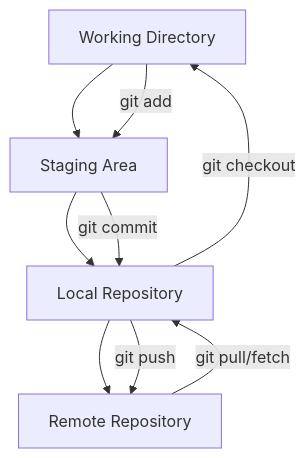
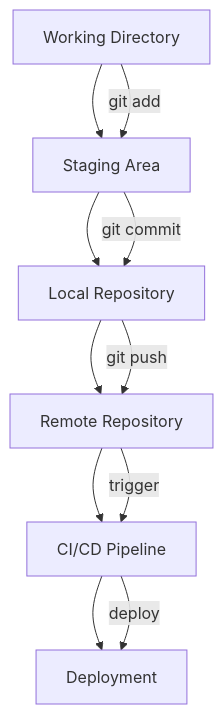
The first of 4 diagrams in 02-docker/git.md (Yoong-Solutions/internship-devops), drawn with Mermaid before and after one commit. The commit also changed other lines of this file, not shown here.

Commit message:
feat(git): add git document

````diff
--- a/02-docker/git.md
+++ b/02-docker/git.md
@@ -88,12 +39,14 @@
 ```mermaid
 graph TD
     A[Working Directory] --> B[Staging Area]
     B --> C[Local Repository]
     C --> D[Remote Repository]
+    D --> E[CI/CD Pipeline]
+    E --> F[Deployment]
     
     A -->|git add| B
     B -->|git commit| C
     C -->|git push| D
-    D -->|git pull/fetch| C
-    C -->|git checkout| A
+    D -->|trigger| E
+    E -->|deploy| F
 ```
````
